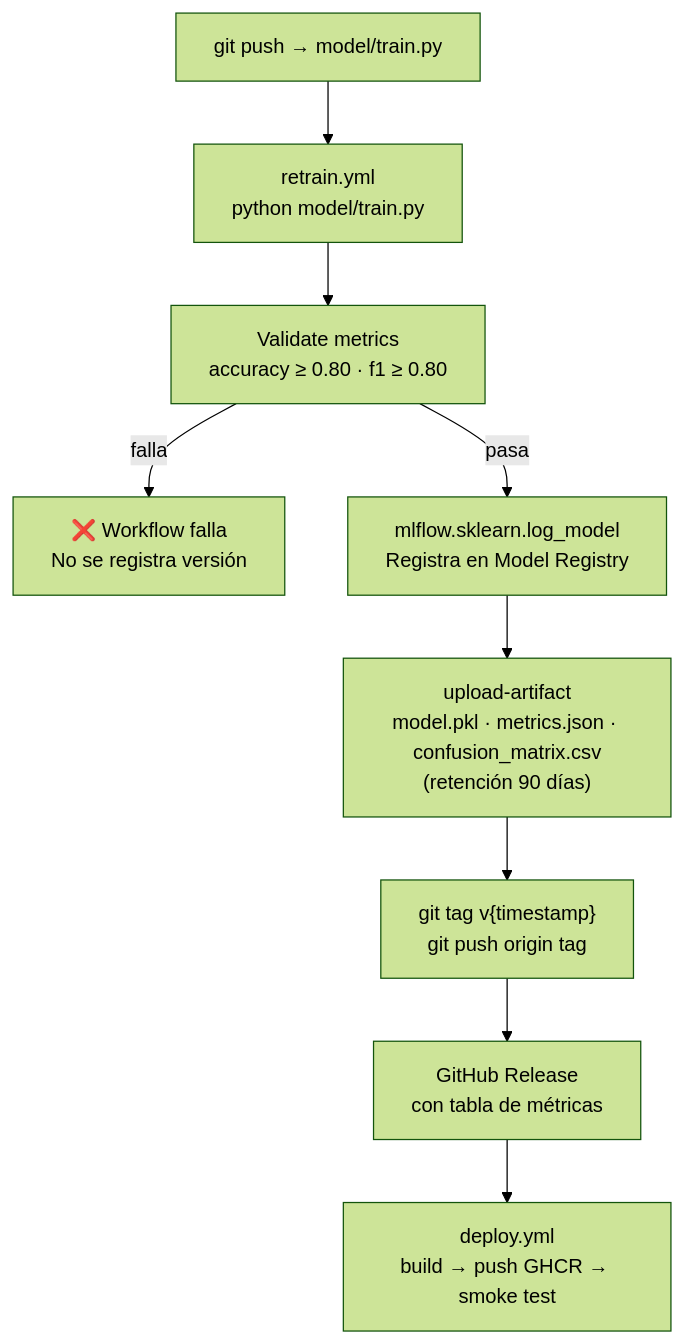
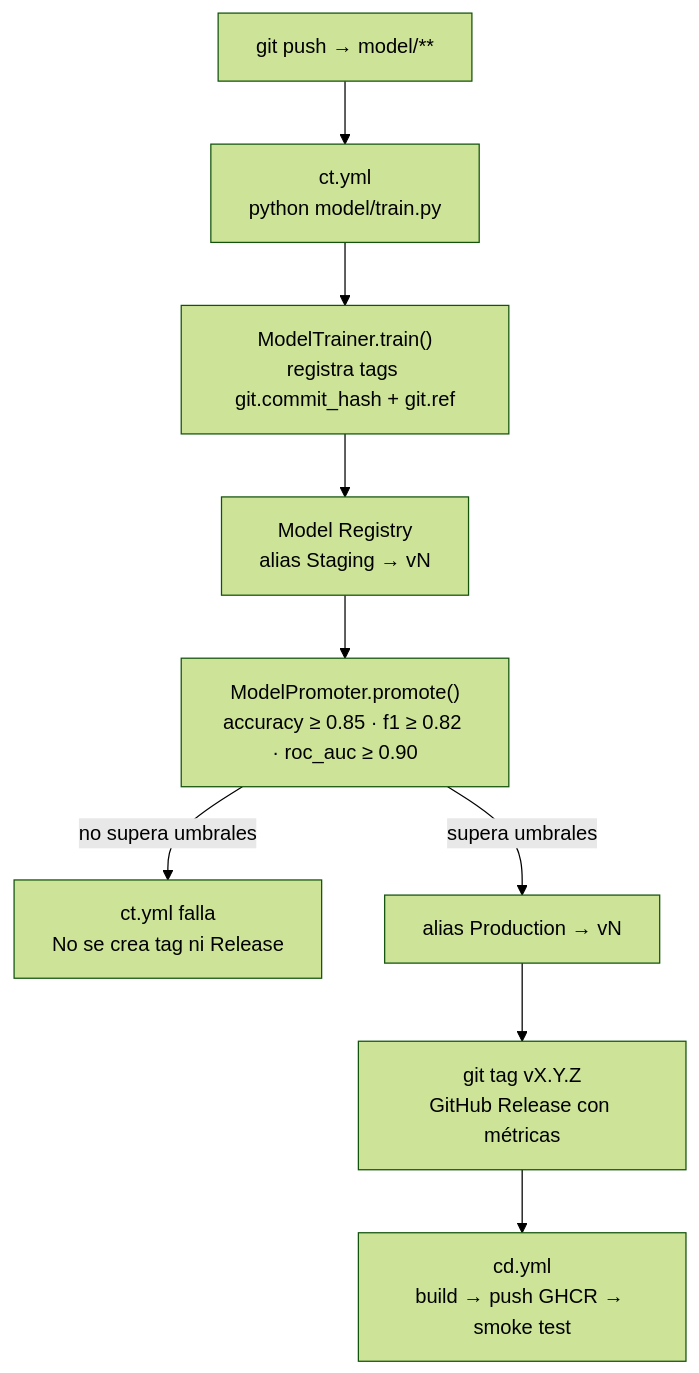
Before and after one commit to VSXR/PipelineModeling: the diagram in docs/versioning.md, drawn with Mermaid (forest theme). The commit also changed other lines of this file and 12 other files, not shown here.

````diff
--- a/docs/versioning.md
+++ b/docs/versioning.md
@@ -11,11 +57,11 @@
 ```mermaid
 flowchart TD
-    A["git push → model/train.py"] --> B["retrain.yml\npython model/train.py"]
-    B --> C["Validate metrics\naccuracy ≥ 0.80 · f1 ≥ 0.80"]
-    C -->|falla| STOP["❌ Workflow falla\nNo se registra versión"]
-    C -->|pasa| D["mlflow.sklearn.log_model\nRegistra en Model Registry"]
-    D --> E["upload-artifact\nmodel.pkl · metrics.json · confusion_matrix.csv\n(retención 90 días)"]
-    E --> F["git tag v{timestamp}\ngit push origin tag"]
-    F --> G["GitHub Release\ncon tabla de métricas"]
-    G --> H["deploy.yml\nbuild → push GHCR → smoke test"]
+    A["git push → model/**"] --> B["ct.yml\npython model/train.py"]
+    B --> C["ModelTrainer.train()\nregistra tags git.commit_hash + git.ref"]
+    C --> D["Model Registry\nalias Staging → vN"]
+    D --> E["ModelPromoter.promote()\naccuracy ≥ 0.85 · f1 ≥ 0.82 · roc_auc ≥ 0.90"]
+    E -->|no supera umbrales| STOP["ct.yml falla\nNo se crea tag ni Release"]
+    E -->|supera umbrales| F["alias Production → vN"]
+    F --> G["git tag vX.Y.Z\nGitHub Release con métricas"]
+    G --> H["cd.yml\nbuild → push GHCR → smoke test"]
 ```
````
